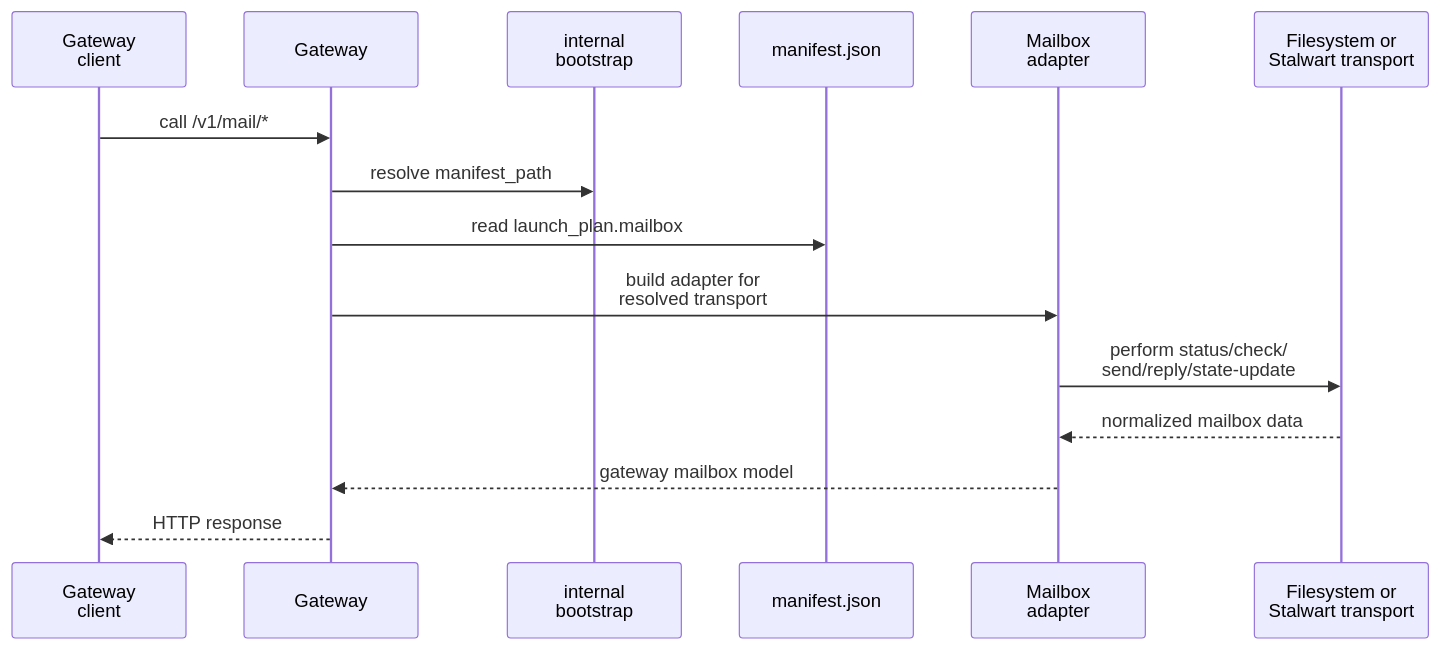
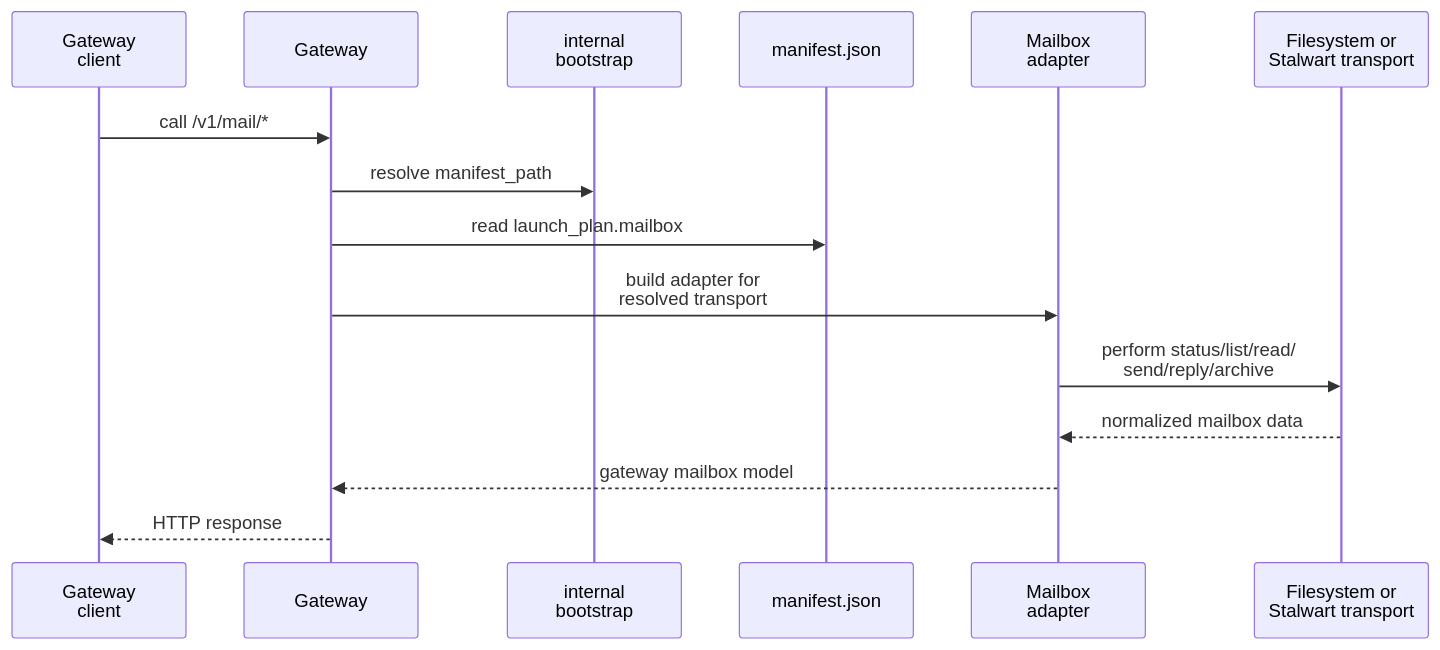
The diagram in docs/reference/gateway/operations/mailbox-facade.md (igamenovoer/houmao), drawn with Mermaid before and after one commit. The commit also changed other lines of this file and 47 other files, not shown here.

````diff
--- a/docs/reference/gateway/operations/mailbox-facade.md
+++ b/docs/reference/gateway/operations/mailbox-facade.md
@@ -56,17 +61,17 @@
 ```mermaid
 sequenceDiagram
     participant Cli as Gateway<br/>client
     participant Gw as Gateway
     participant Att as internal<br/>bootstrap
     participant Man as manifest.json
     participant Ad as Mailbox<br/>adapter
     participant MB as Filesystem or<br/>Stalwart transport
     Cli->>Gw: call /v1/mail/*
     Gw->>Att: resolve manifest_path
     Gw->>Man: read launch_plan.mailbox
     Gw->>Ad: build adapter for<br/>resolved transport
-    Ad->>MB: perform status/check/<br/>send/reply/state-update
+    Ad->>MB: perform status/list/read/<br/>send/reply/archive
     MB-->>Ad: normalized mailbox data
     Ad-->>Gw: gateway mailbox model
     Gw-->>Cli: HTTP response
 ```
````
